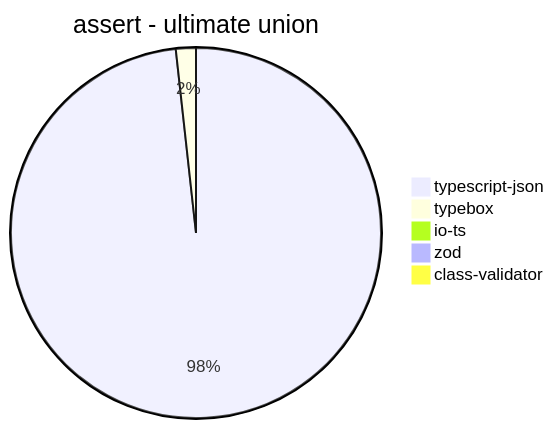
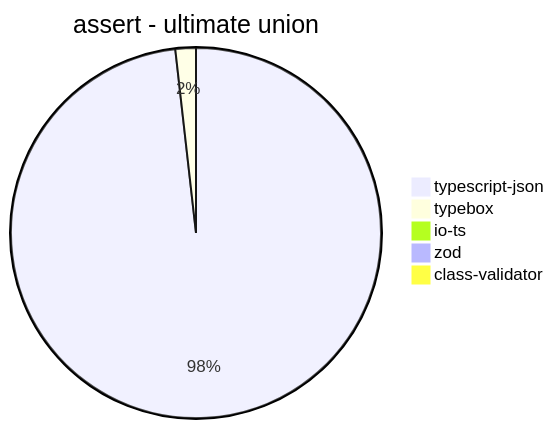
Diagram 16 of 39 in benchmark/results/AMD Ryzen 9 5900HX with Radeon Graphics.md (samchon/typia), drawn with Mermaid before and after one commit. The commit also changed other lines of this file and 3 other files, not shown here.

````diff
--- a/benchmark/results/AMD Ryzen 9 5900HX with Radeon Graphics.md
+++ b/benchmark/results/AMD Ryzen 9 5900HX with Radeon Graphics.md
@@ -196,8 +196,8 @@
 ```mermaid
 pie title assert - ultimate union
-  "typescript-json": 256.9162995594714
-  "typebox": 4.569548528605374
+  "typescript-json": 261.84493898061737
+  "typebox": 4.77326968973747
   "io-ts": 0
-  "zod": 0.354924578527063
+  "zod": 0.3577177606868181
   "class-validator": 0
 ```
````
